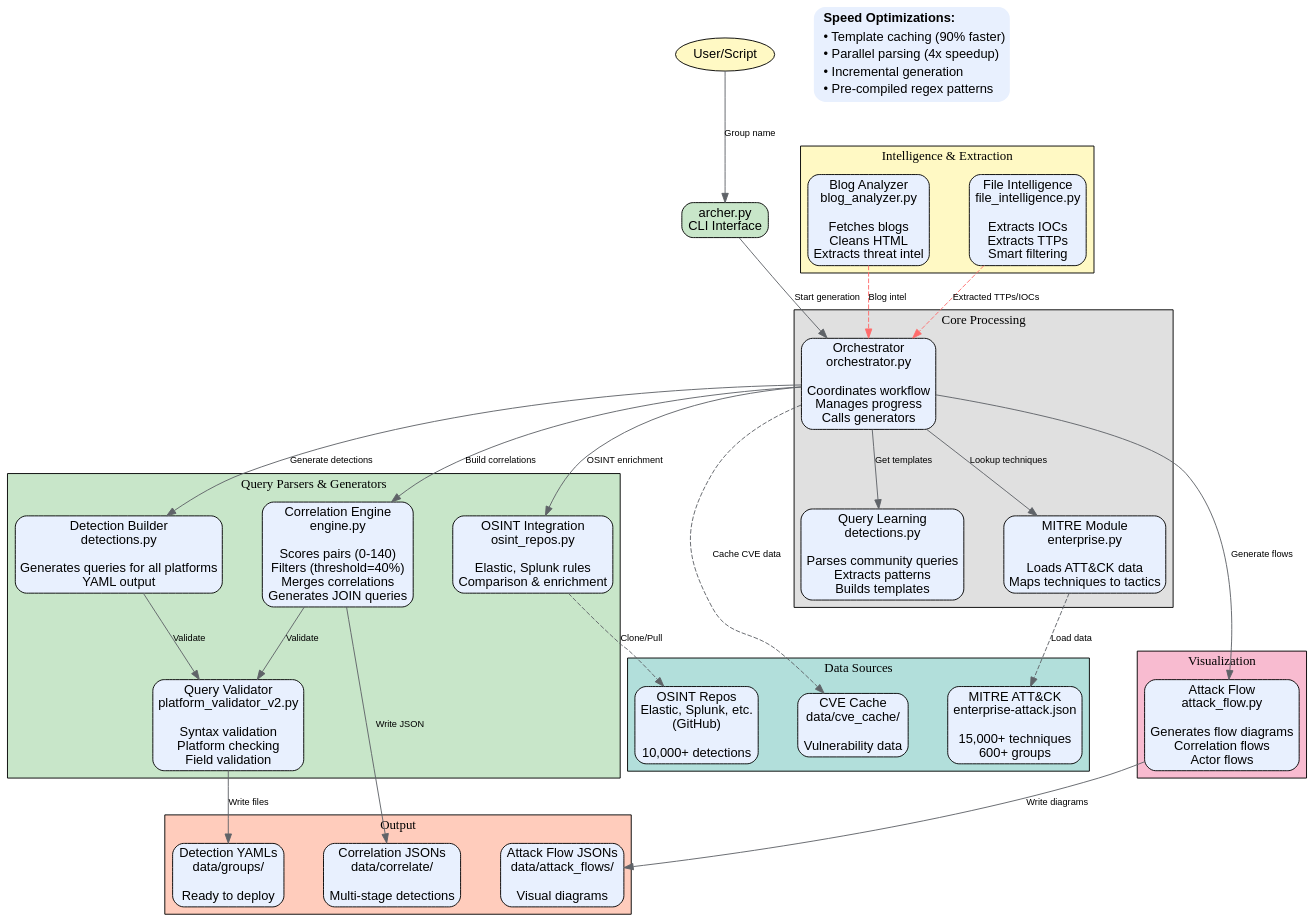
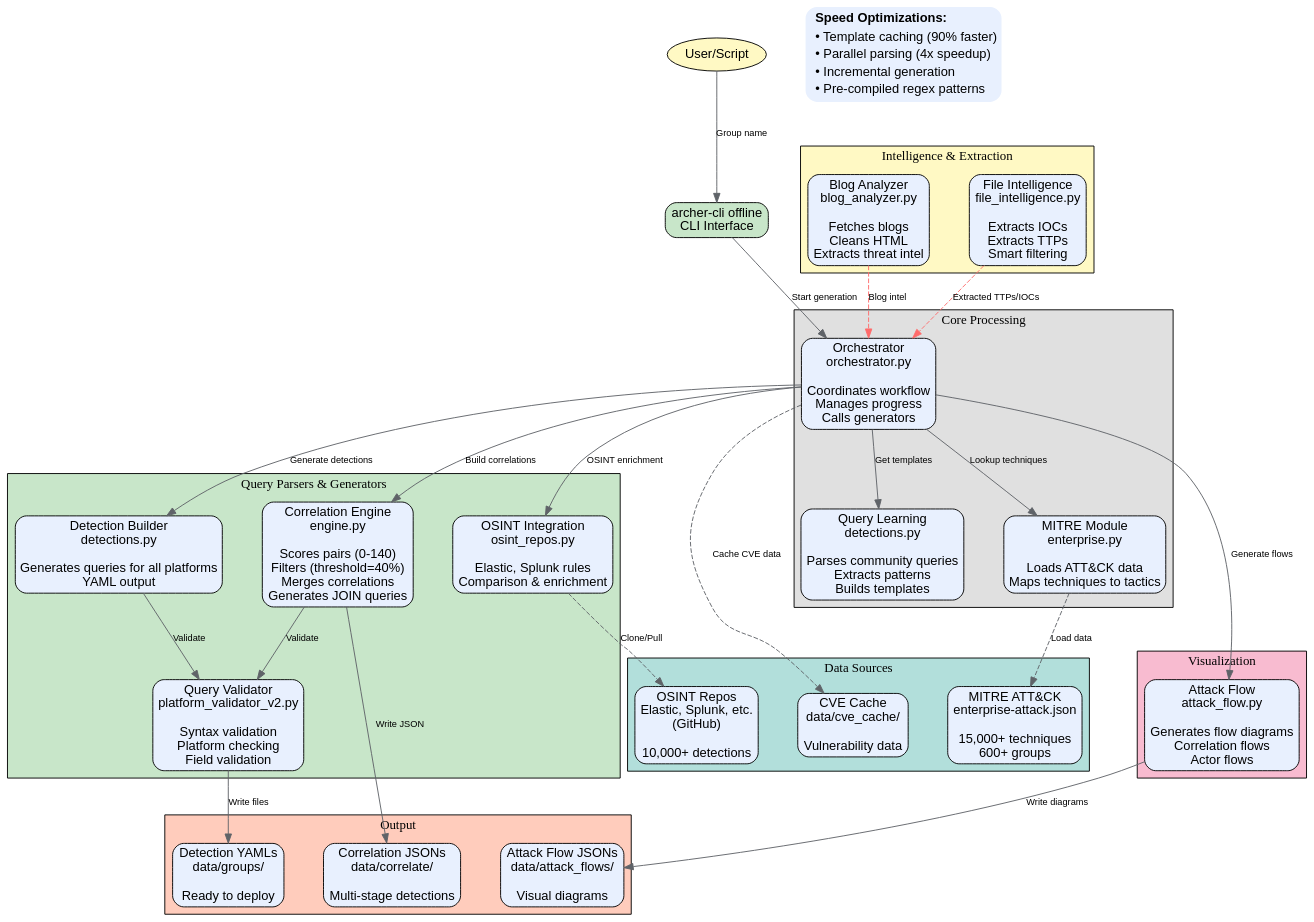
One commit to cmdaltr/shikari changed the diagram in docs/architecture/diagrams/components/cli_diagram.dot. Above: the diagram before and after it, drawn with Graphviz. The commit also changed 16 other files, not shown here.

First line of the commit message:
CLI: a pip-installed archer-cli stays light; no adfconsole or archer.py left

```diff
--- a/docs/architecture/diagrams/components/cli_diagram.dot
+++ b/docs/architecture/diagrams/components/cli_diagram.dot
@@ -1,120 +1,120 @@
 digraph ArcherCLI {
     rankdir=TB;
     node [shape=box, style="rounded,filled", fillcolor="#e8f0fe", fontname="Arial"];
     edge [color="#5f6368", fontname="Arial", fontsize=10];
 
     graph [bgcolor="transparent", pad="0.5", ranksep="0.8", nodesep="0.6"];
 
     // User input
     user [label="User/Script", shape=ellipse, fillcolor="#fff9c4", style="filled"];
 
     // CLI entry point
-    cli [label="archer.py\nCLI Interface", fillcolor="#c8e6c9"];
+    cli [label="archer-cli offline\nCLI Interface", fillcolor="#c8e6c9"];
 
     // Core modules
     subgraph cluster_core {
         label="Core Processing";
         style=filled;
         fillcolor="#e0e0e0";
         fontname="Arial Bold";
 
         mitre [label="MITRE Module\nenterprise.py\n\nLoads ATT&CK data\nMaps techniques to tactics"];
         learning [label="Query Learning\ndetections.py\n\nParses community queries\nExtracts patterns\nBuilds templates"];
         orchestrator [label="Orchestrator\norchestrator.py\n\nCoordinates workflow\nManages progress\nCalls generators"];
     }
 
     // Parser layer
     subgraph cluster_parsers {
         label="Query Parsers & Generators";
         style=filled;
         fillcolor="#c8e6c9";
         fontname="Arial Bold";
 
         detections [label="Detection Builder\ndetections.py\n\nGenerates queries for all platforms\nYAML output"];
         correlations [label="Correlation Engine\nengine.py\n\nScores pairs (0-140)\nFilters (threshold=40%)\nMerges correlations\nGenerates JOIN queries"];
         osint [label="OSINT Integration\nosint_repos.py\n\nElastic, Splunk rules\nComparison & enrichment"];
         validator [label="Query Validator\nplatform_validator_v2.py\n\nSyntax validation\nPlatform checking\nField validation"];
     }
 
     // Intelligence layer
     subgraph cluster_intelligence {
         label="Intelligence & Extraction";
         style=filled;
         fillcolor="#fff9c4";
         fontname="Arial Bold";
 
         file_intel [label="File Intelligence\nfile_intelligence.py\n\nExtracts IOCs\nExtracts TTPs\nSmart filtering"];
         blog_analyzer [label="Blog Analyzer\nblog_analyzer.py\n\nFetches blogs\nCleans HTML\nExtracts threat intel"];
     }
 
     // Visualization
     subgraph cluster_viz {
         label="Visualization";
         style=filled;
         fillcolor="#f8bbd0";
         fontname="Arial Bold";
 
         attack_flow [label="Attack Flow\nattack_flow.py\n\nGenerates flow diagrams\nCorrelation flows\nActor flows"];
     }
 
     // Data sources
     subgraph cluster_data {
         label="Data Sources";
         style=filled;
         fillcolor="#b2dfdb";
         fontname="Arial Bold";
 
         attack_data [label="MITRE ATT&CK\nenterprise-attack.json\n\n15,000+ techniques\n600+ groups"];
         repos [label="OSINT Repos\nElastic, Splunk, etc.\n(GitHub)\n\n10,000+ detections"];
         cache [label="CVE Cache\ndata/cve_cache/\n\nVulnerability data"];
     }
 
     // Output
     subgraph cluster_output {
         label="Output";
         style=filled;
         fillcolor="#ffccbc";
         fontname="Arial Bold";
 
         yamls [label="Detection YAMLs\ndata/groups/\n\nReady to deploy"];
         corr_files [label="Correlation JSONs\ndata/correlate/\n\nMulti-stage detections"];
         flow_files [label="Attack Flow JSONs\ndata/attack_flows/\n\nVisual diagrams"];
     }
 
     // Main workflow
     user -> cli [label="Group name"];
     cli -> orchestrator [label="Start generation"];
     orchestrator -> mitre [label="Lookup techniques"];
     orchestrator -> learning [label="Get templates"];
 
     mitre -> attack_data [label="Load data", style=dashed];
     osint -> repos [label="Clone/Pull", style=dashed];
     orchestrator -> cache [label="Cache CVE data", style=dashed];
 
     orchestrator -> detections [label="Generate detections"];
     orchestrator -> correlations [label="Build correlations"];
     orchestrator -> osint [label="OSINT enrichment"];
     orchestrator -> attack_flow [label="Generate flows"];
 
     detections -> validator [label="Validate"];
     correlations -> validator [label="Validate"];
 
     validator -> yamls [label="Write files"];
     correlations -> corr_files [label="Write JSON"];
     attack_flow -> flow_files [label="Write diagrams"];
 
     // Intelligence paths
     file_intel -> orchestrator [label="Extracted TTPs/IOCs", style=dashed, color="#ff6b6b"];
     blog_analyzer -> orchestrator [label="Blog intel", style=dashed, color="#ff6b6b"];
 
     // Legend
     legend [shape=plaintext, label=<
         <table border="0" cellborder="0" cellspacing="0">
         <tr><td align="left"><b>Speed Optimizations:</b></td></tr>
         <tr><td align="left">• Template caching (90% faster)</td></tr>
         <tr><td align="left">• Parallel parsing (4x speedup)</td></tr>
         <tr><td align="left">• Incremental generation</td></tr>
         <tr><td align="left">• Pre-compiled regex patterns</td></tr>
         </table>
     >];
 }
```
